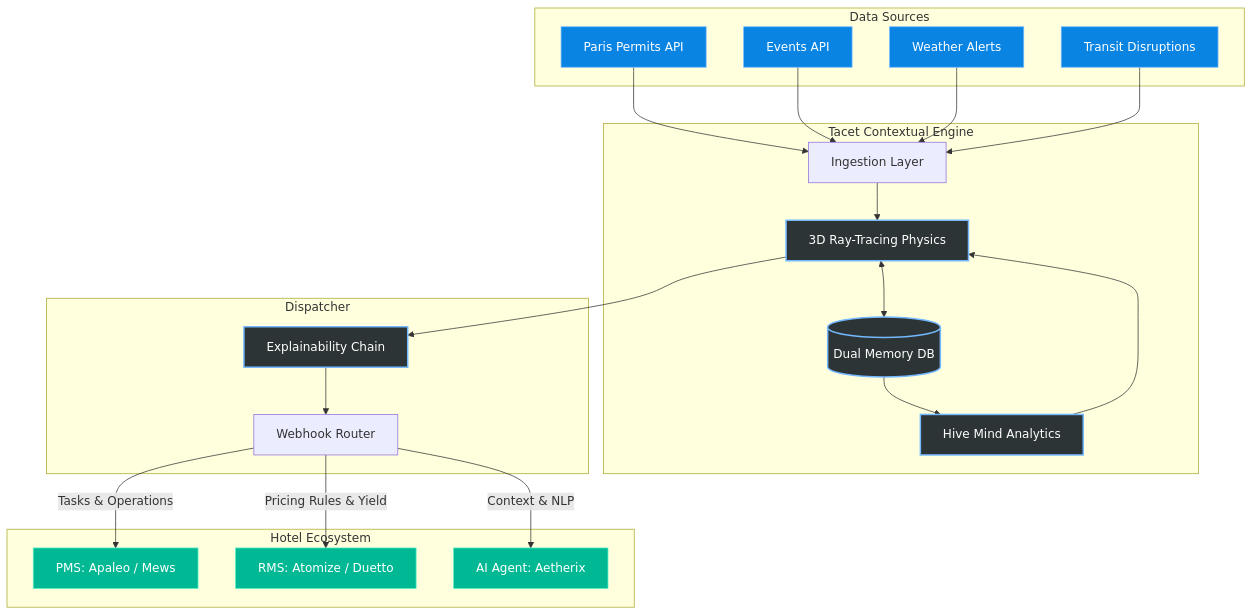
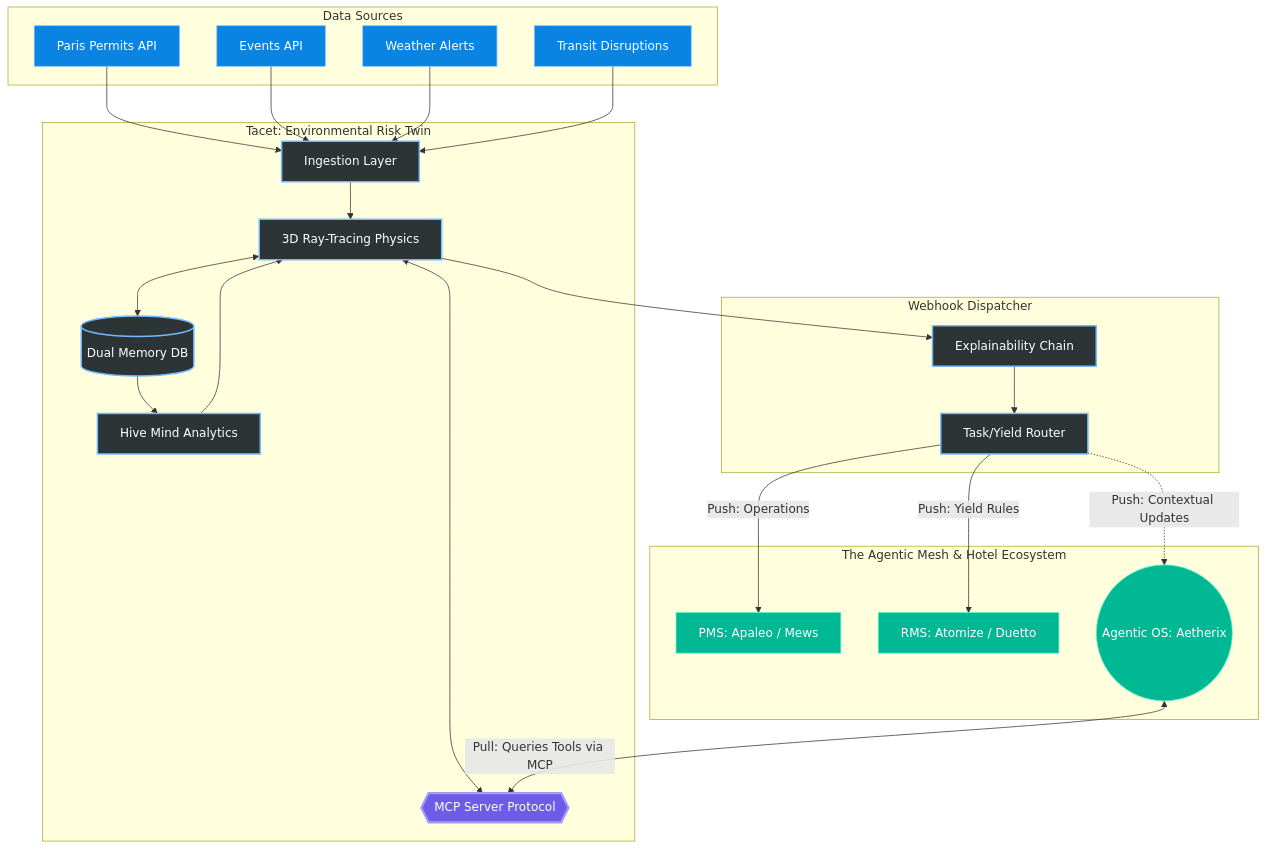
The diagram in README.md (IvandeMurard/tacet-app), drawn with Mermaid before and after one commit.

Commit message:
docs: highlight MCP Server and Agentic Mesh in architecture diagram

````diff
--- a/README.md
+++ b/README.md
@@ -9,56 +9,63 @@
 ```mermaid
 graph TD
     %% External Data Sources
     subgraph DS [Data Sources]
         P[Paris Permits API]
         E[Events API]
         W[Weather Alerts]
         T[Transit Disruptions]
     end
 
     %% Tacet Core Engine
-    subgraph TCE [Tacet Contextual Engine]
+    subgraph TCE [Tacet: Environmental Risk Twin]
         I[Ingestion Layer]
         RT[3D Ray-Tracing Physics]
         DM[(Dual Memory DB)]
         HM[Hive Mind Analytics]
+        MCP{{MCP Server Protocol}}
         
         I --> RT
         RT <--> DM
         DM --> HM
         HM --> RT
+        RT <--> MCP
     end
 
     %% Routing
-    subgraph D [Dispatcher]
-        WH[Webhook Router]
+    subgraph D [Webhook Dispatcher]
+        WH[Task/Yield Router]
         EXP[Explainability Chain]
         
         RT --> EXP
         EXP --> WH
     end
 
-    %% Destinations
-    subgraph HE [Hotel Ecosystem]
+    %% Destinations / The Agentic Mesh
+    subgraph AM [The Agentic Mesh & Hotel Ecosystem]
         PMS[PMS: Apaleo / Mews]
         RMS[RMS: Atomize / Duetto]
-        LLM[AI Agent: Aetherix]
+        LLM((Agentic OS: Aetherix))
     end
 
     P --> I
     E --> I
     W --> I
     T --> I
     
-    WH -->|Tasks & Operations| PMS
-    WH -->|Pricing Rules & Yield| RMS
-    WH -->|Context & NLP| LLM
+    WH -->|Push: Operations| PMS
+    WH -->|Push: Yield Rules| RMS
+    
+    LLM <-->|Pull: Queries Tools via MCP| MCP
+    WH -.->|Push: Contextual Updates| LLM
 
     classDef core fill:#2d3436,stroke:#74b9ff,stroke-width:2px,color:#fff;
     classDef data fill:#0984e3,stroke:#74b9ff,color:#fff;
     classDef dest fill:#00b894,stroke:#55efc4,color:#fff;
+    classDef mcp fill:#6c5ce7,stroke:#a29bfe,stroke-width:3px,color:#fff;
     
-    class RT,DM,HM,EXP core;
+    class RT,DM,HM,EXP,I,WH core;
     class P,E,W,T data;
-    class PMS,RMS,LLM dest;
+    class PMS,RMS dest;
+    class LLM dest;
+    class MCP mcp;
 ```
````
